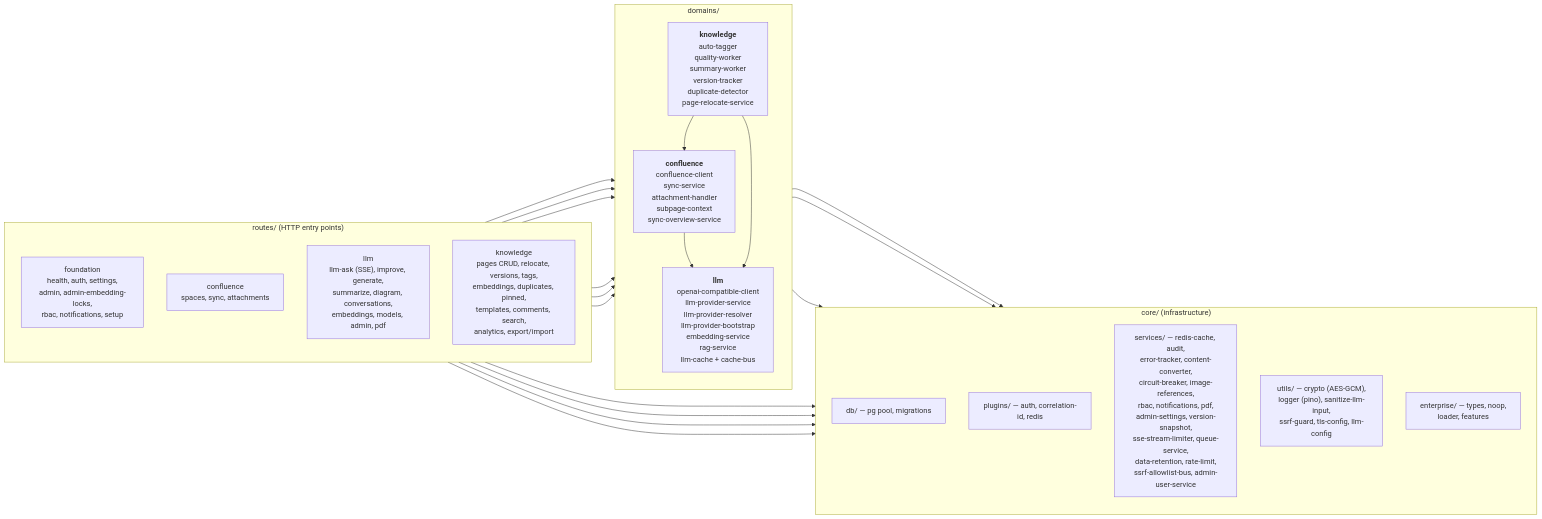
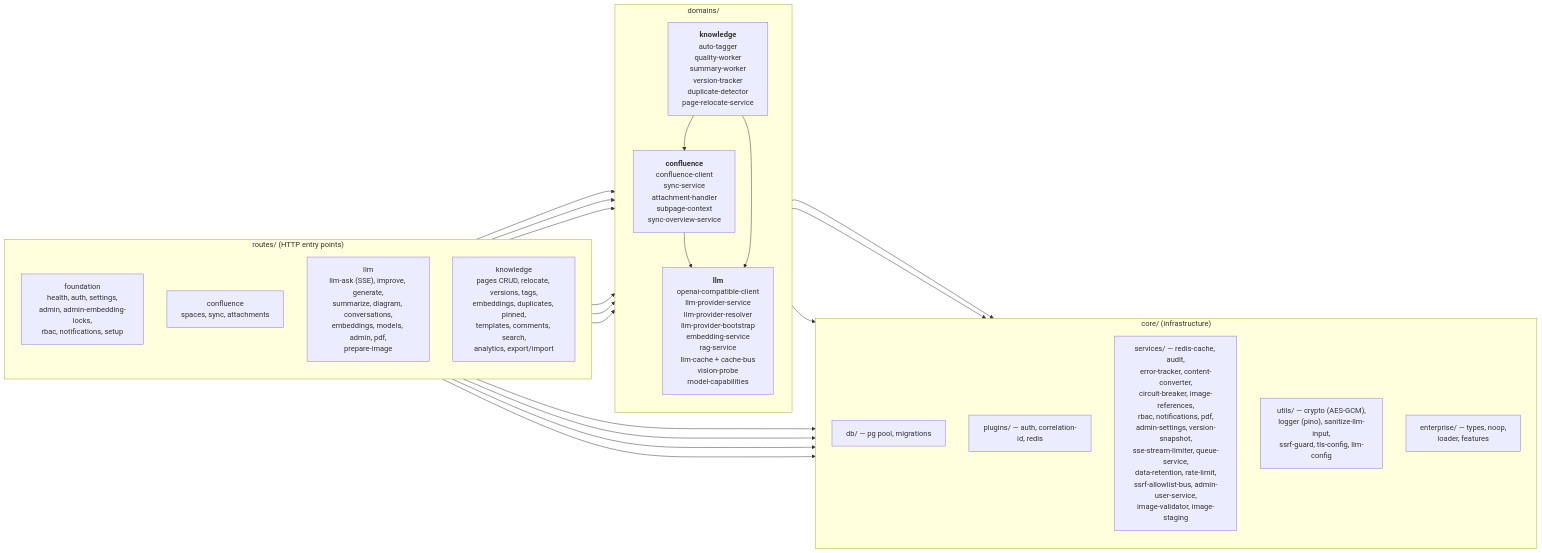
Before and after one commit to Compendiq/compendiq-ce: the first of 2 diagrams in docs/architecture/03-backend-domains.md, drawn with Mermaid. The commit also changed other lines of this file and 5 other files, not shown here.

First line of the commit message:
docs(ai): record image input in ADR-021 and the architecture diagrams (#1154)

````diff
--- a/docs/architecture/03-backend-domains.md
+++ b/docs/architecture/03-backend-domains.md
@@ -9,44 +9,44 @@
 ```mermaid
 flowchart LR
     subgraph routes["routes/ (HTTP entry points)"]
         direction TB
         rF["foundation<br/>health, auth, settings,<br/>admin, admin-embedding-locks,<br/>rbac, notifications, setup"]
         rC["confluence<br/>spaces, sync, attachments"]
-        rL["llm<br/>llm-ask (SSE), improve, generate,<br/>summarize, diagram, conversations,<br/>embeddings, models, admin, pdf"]
+        rL["llm<br/>llm-ask (SSE), improve, generate,<br/>summarize, diagram, conversations,<br/>embeddings, models, admin, pdf,<br/>prepare-image"]
         rK["knowledge<br/>pages CRUD, relocate, versions, tags,<br/>embeddings, duplicates, pinned,<br/>templates, comments, search,<br/>analytics, export/import"]
     end
 
     subgraph domains["domains/"]
         direction TB
         dC["<b>confluence</b><br/>confluence-client<br/>sync-service<br/>attachment-handler<br/>subpage-context<br/>sync-overview-service"]
-        dL["<b>llm</b><br/>openai-compatible-client<br/>llm-provider-service<br/>llm-provider-resolver<br/>llm-provider-bootstrap<br/>embedding-service<br/>rag-service<br/>llm-cache + cache-bus"]
+        dL["<b>llm</b><br/>openai-compatible-client<br/>llm-provider-service<br/>llm-provider-resolver<br/>llm-provider-bootstrap<br/>embedding-service<br/>rag-service<br/>llm-cache + cache-bus<br/>vision-probe<br/>model-capabilities"]
         dK["<b>knowledge</b><br/>auto-tagger<br/>quality-worker<br/>summary-worker<br/>version-tracker<br/>duplicate-detector<br/>page-relocate-service"]
     end
 
     subgraph core["core/ (infrastructure)"]
         direction TB
         cDB["db/ — pg pool, migrations"]
         cPlug["plugins/ — auth, correlation-id, redis"]
-        cSvc["services/ — redis-cache, audit,<br/>error-tracker, content-converter,<br/>circuit-breaker, image-references,<br/>rbac, notifications, pdf,<br/>admin-settings, version-snapshot,<br/>sse-stream-limiter, queue-service,<br/>data-retention, rate-limit,<br/>ssrf-allowlist-bus, admin-user-service"]
+        cSvc["services/ — redis-cache, audit,<br/>error-tracker, content-converter,<br/>circuit-breaker, image-references,<br/>rbac, notifications, pdf,<br/>admin-settings, version-snapshot,<br/>sse-stream-limiter, queue-service,<br/>data-retention, rate-limit,<br/>ssrf-allowlist-bus, admin-user-service,<br/>image-validator, image-staging"]
         cUtil["utils/ — crypto (AES-GCM),<br/>logger (pino), sanitize-llm-input,<br/>ssrf-guard, tls-config, llm-config"]
         cEnt["enterprise/ — types, noop,<br/>loader, features"]
     end
 
     rF --> core
     rC --> core
     rC --> dC
     rL --> core
     rL --> dL
     rL --> dC
     rK --> core
     rK --> dK
     rK --> dL
     rK --> dC
 
     dC --> core
     dC --> dL
     dL --> core
     dK --> core
     dK --> dL
     dK --> dC
 ```
````
